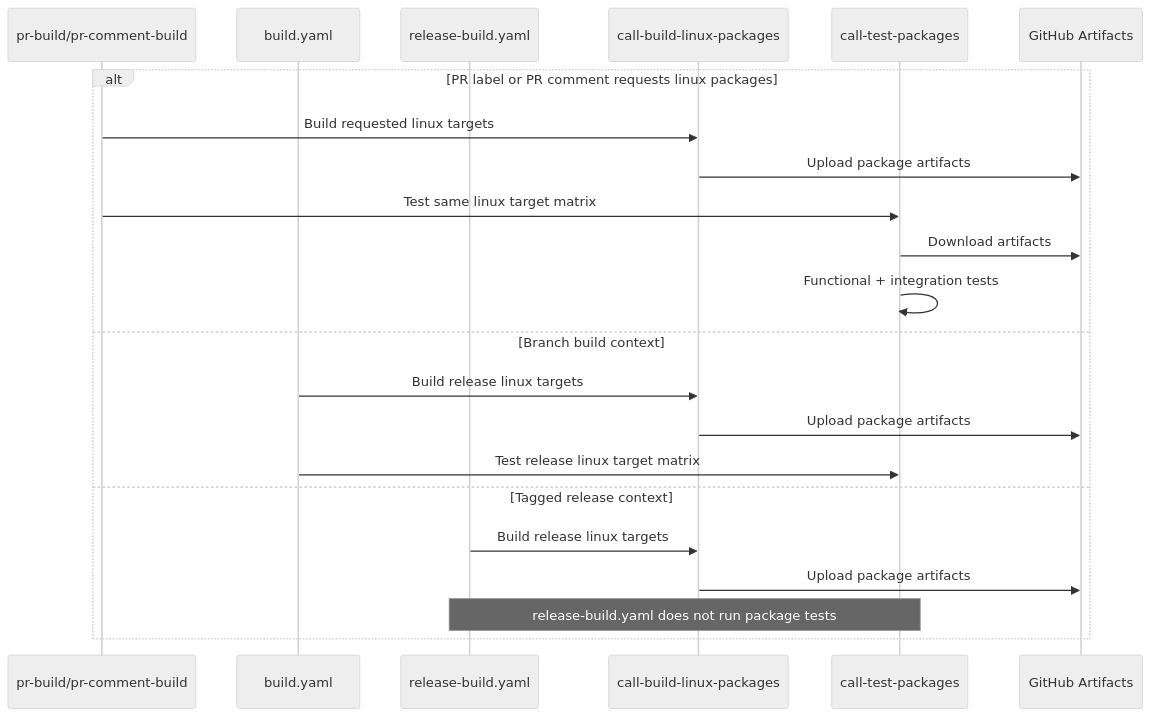
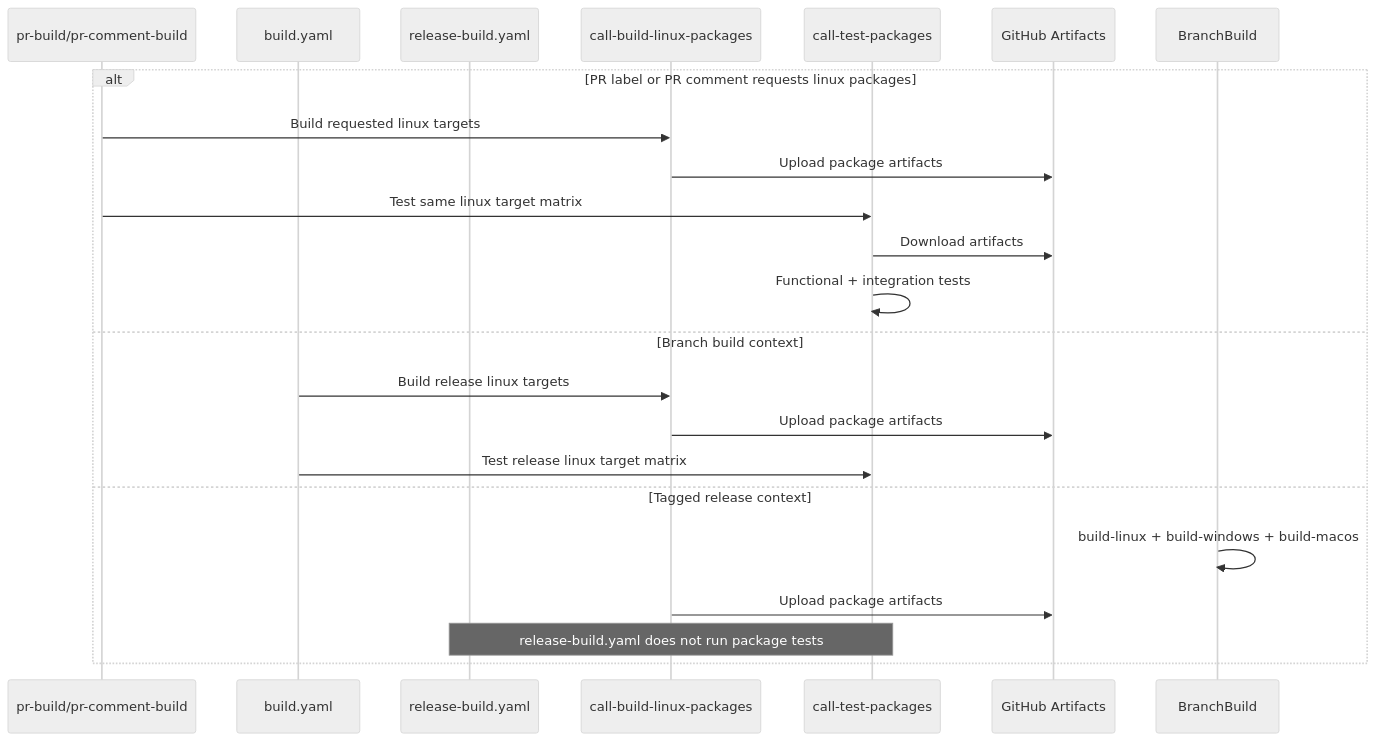
One commit to FluentDo/agent changed the third of 4 diagrams in .github/workflows/README.md. Above: the diagram before and after it, drawn with Mermaid (neutral theme). The commit also changed other lines of this file and 5 other files, not shown here.

````diff
--- a/.github/workflows/README.md
+++ b/.github/workflows/README.md
@@ -919,25 +925,25 @@
 ```mermaid
 sequenceDiagram
   participant PR as pr-build/pr-comment-build
   participant Branch as build.yaml
   participant Release as release-build.yaml
   participant BuildLinux as call-build-linux-packages
   participant TestPkgs as call-test-packages
   participant Artifacts as GitHub Artifacts
 
   alt PR label or PR comment requests linux packages
     PR->>BuildLinux: Build requested linux targets
     BuildLinux->>Artifacts: Upload package artifacts
     PR->>TestPkgs: Test same linux target matrix
     TestPkgs->>Artifacts: Download artifacts
     TestPkgs->>TestPkgs: Functional + integration tests
   else Branch build context
     Branch->>BuildLinux: Build release linux targets
     BuildLinux->>Artifacts: Upload package artifacts
     Branch->>TestPkgs: Test release linux target matrix
   else Tagged release context
-    Release->>BuildLinux: Build release linux targets
+    BranchBuild->>BranchBuild: build-linux + build-windows + build-macos
     BuildLinux->>Artifacts: Upload package artifacts
     Note over Release,TestPkgs: release-build.yaml does not run package tests
   end
 ```
````
